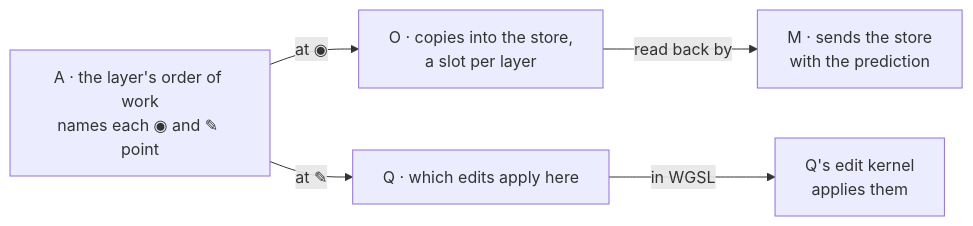
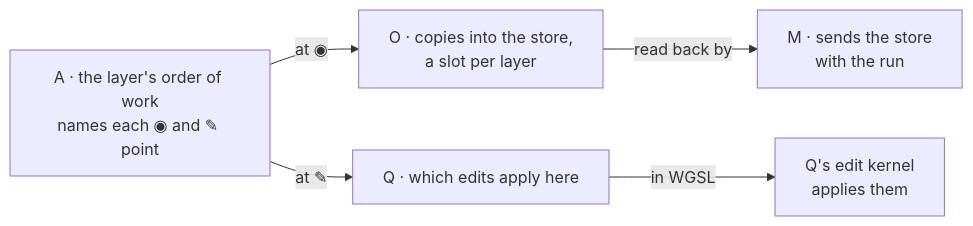
Before and after one commit to plainsight-systems/frizzle: the second of 2 diagrams in docs/architecture/change-axes.md, drawn with Mermaid. The commit also changed other lines of this file and 13 other files, not shown here.

````diff
--- a/docs/architecture/change-axes.md
+++ b/docs/architecture/change-axes.md
@@ -58,12 +58,12 @@
 ```mermaid
 flowchart LR
   A["A · the layer's order of work<br/>names each ◉ and ✎ point"]
   O["O · copies into the store,<br/>a slot per layer"]
   Q["Q · which edits apply here"]
   E["Q's edit kernel<br/>applies them"]
-  M["M · sends the store<br/>with the prediction"]
+  M["M · sends the store<br/>with the run"]
   A -->|"at ◉"| O
   A -->|"at ✎"| Q
   Q -->|"in WGSL"| E
   O -->|"read back by"| M
 ```
````
